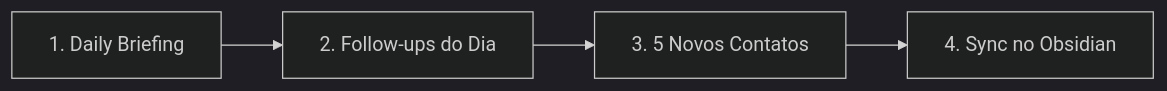
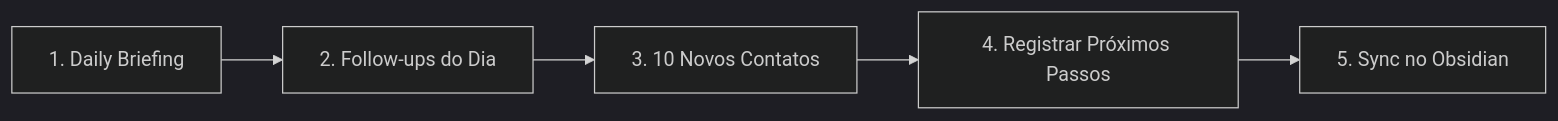
The diagram in Second Brain/Playbook - Rotina Diaria e Find Skills.md (Henrique1601/Prospector-crm), drawn with Mermaid (dark theme) before and after one commit. The commit also changed other lines of this file, not shown here.

````diff
--- a/Second Brain/Playbook - Rotina Diaria e Find Skills.md
+++ b/Second Brain/Playbook - Rotina Diaria e Find Skills.md
@@ -24,6 +24,7 @@
 ```mermaid
 flowchart LR
     A[1. Daily Briefing] --> B[2. Follow-ups do Dia]
-    B --> C[3. 5 Novos Contatos]
-    C --> D[4. Sync no Obsidian]
+    B --> C[3. 10 Novos Contatos]
+    C --> D[4. Registrar Próximos Passos]
+    D --> E[5. Sync no Obsidian]
 ```
````
